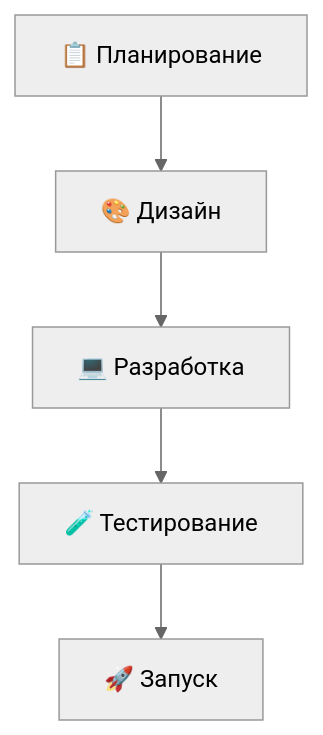
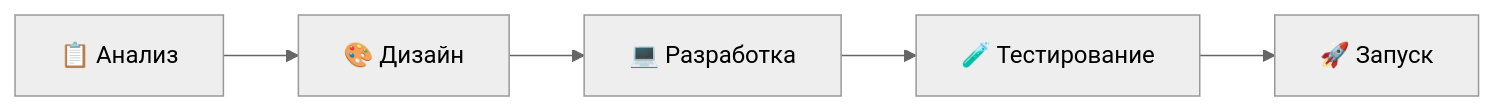
The diagram in README.md (floristfreefire-star/IThub-College-Management-System), drawn with Mermaid (neutral theme) before and after one commit. The commit also changed other lines of this file, not shown here.

````diff
--- a/README.md
+++ b/README.md
@@ -174,7 +212,7 @@
 ```mermaid
-graph TD
-    A[📋 Планирование] --> B[🎨 Дизайн]
-    B --> C[💻 Разработка]
-    C --> D[🧪 Тестирование]
-    D --> E[🚀 Запуск]
+graph LR
+A[📋 Анализ] --> B[🎨 Дизайн]
+B --> C[💻 Разработка]
+C --> D[🧪 Тестирование]
+D --> E[🚀 Запуск]
 ```
````
